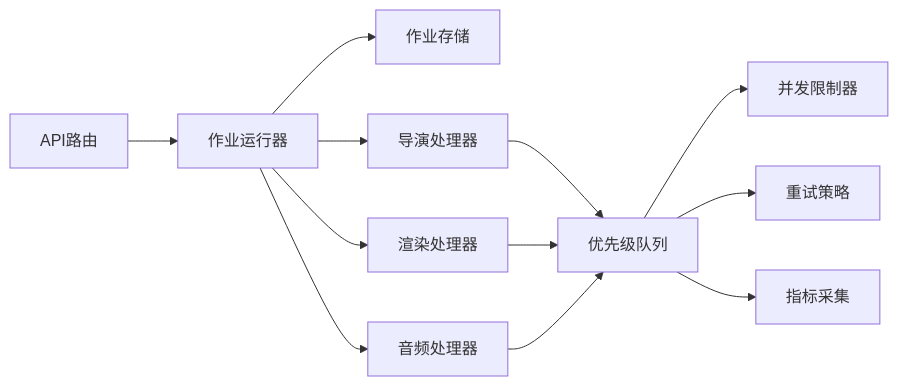
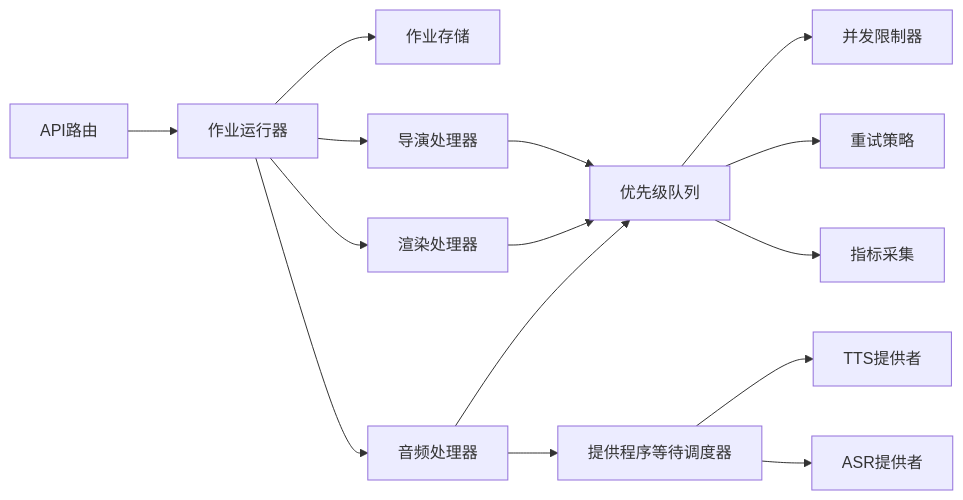
Before and after one commit to scottcwy/PurpleInk: the sixth of 6 diagrams in .qoder/repowiki/zh/content/后端架构/任务处理/任务调度器.md, drawn with Mermaid. The commit also changed other lines of this file and 30 other files, not shown here.

````diff
--- a/.qoder/repowiki/zh/content/后端架构/任务处理/任务调度器.md
+++ b/.qoder/repowiki/zh/content/后端架构/任务处理/任务调度器.md
@@ -313,14 +334,17 @@
 ```mermaid
 graph LR
 API["API路由"] --> Runner["作业运行器"]
 Runner --> Store["作业存储"]
 Runner --> DirectorQH["导演处理器"]
 Runner --> RenderQH["渲染处理器"]
 Runner --> AudioQH["音频处理器"]
 DirectorQH --> PQ["优先级队列"]
 RenderQH --> PQ
 AudioQH --> PQ
 PQ --> CL["并发限制器"]
 PQ --> RP["重试策略"]
 PQ --> MET["指标采集"]
+AudioQH --> PWS["提供程序等待调度器"]
+PWS --> TTS["TTS提供者"]
+PWS --> ASR["ASR提供者"]
 ```
````
